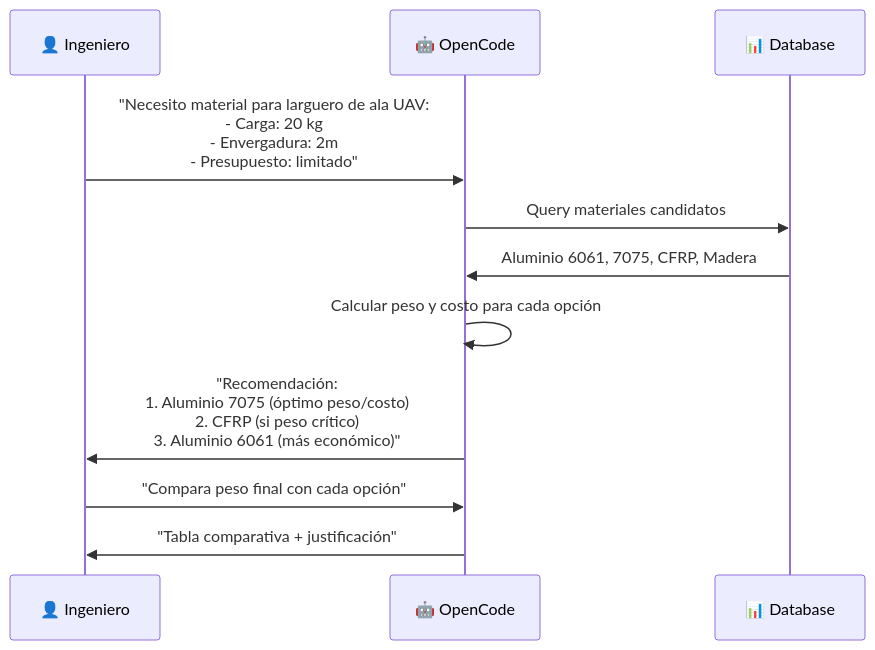
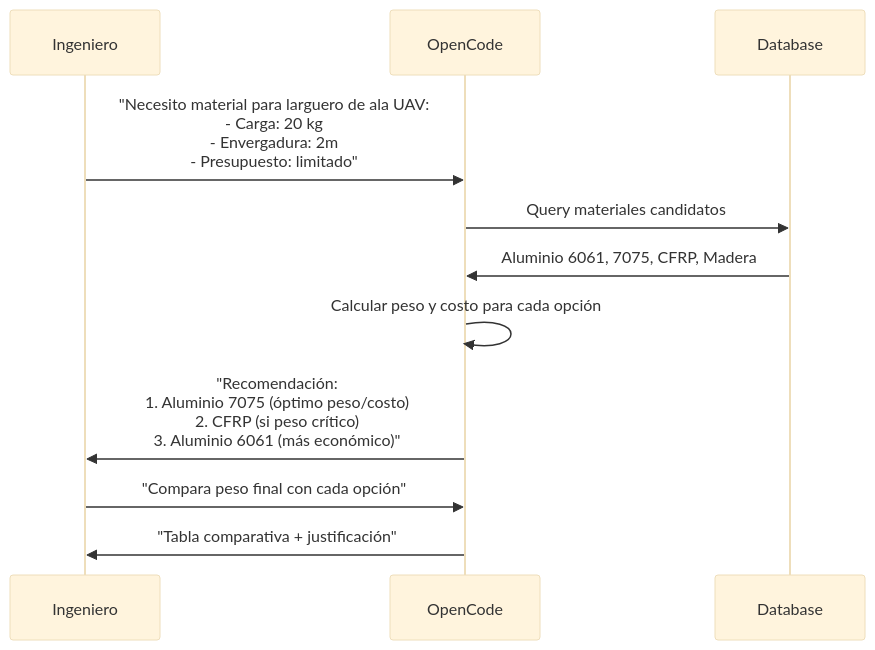
The fifth of 18 diagrams in courses/🟡-development/FPUNA-2026/03-INGENIERIA-AERONAUTICA/03-estructuras-materiales.md (Ai-Whisperers/Courses-Content), drawn with Mermaid before and after one commit. The commit also changed other lines of this file and 47 other files, not shown here.

First line of the commit message:
fix: Make all 473 diagrams WCAG AAA accessible (FPUNA-2026)

````diff
--- a/courses/🟡-development/FPUNA-2026/03-INGENIERIA-AERONAUTICA/03-estructuras-materiales.md
+++ b/courses/🟡-development/FPUNA-2026/03-INGENIERIA-AERONAUTICA/03-estructuras-materiales.md
@@ -330,14 +334,15 @@
 ```mermaid
+%%{init: {'theme':'base', 'themeVariables': {'fontSize':'18px'}}}%%
 sequenceDiagram
-    participant I as 👤 Ingeniero
-    participant O as 🤖 OpenCode
-    participant D as 📊 Database
+    participant I as Ingeniero
+    participant O as OpenCode
+    participant D as Database
     
     I->>O: "Necesito material para larguero de ala UAV:<br/>- Carga: 20 kg<br/>- Envergadura: 2m<br/>- Presupuesto: limitado"
     O->>D: Query materiales candidatos
     D->>O: Aluminio 6061, 7075, CFRP, Madera
     O->>O: Calcular peso y costo para cada opción
     O->>I: "Recomendación:<br/>1. Aluminio 7075 (óptimo peso/costo)<br/>2. CFRP (si peso crítico)<br/>3. Aluminio 6061 (más económico)"
     I->>O: "Compara peso final con cada opción"
     O->>I: "Tabla comparativa + justificación"
 ```
````
